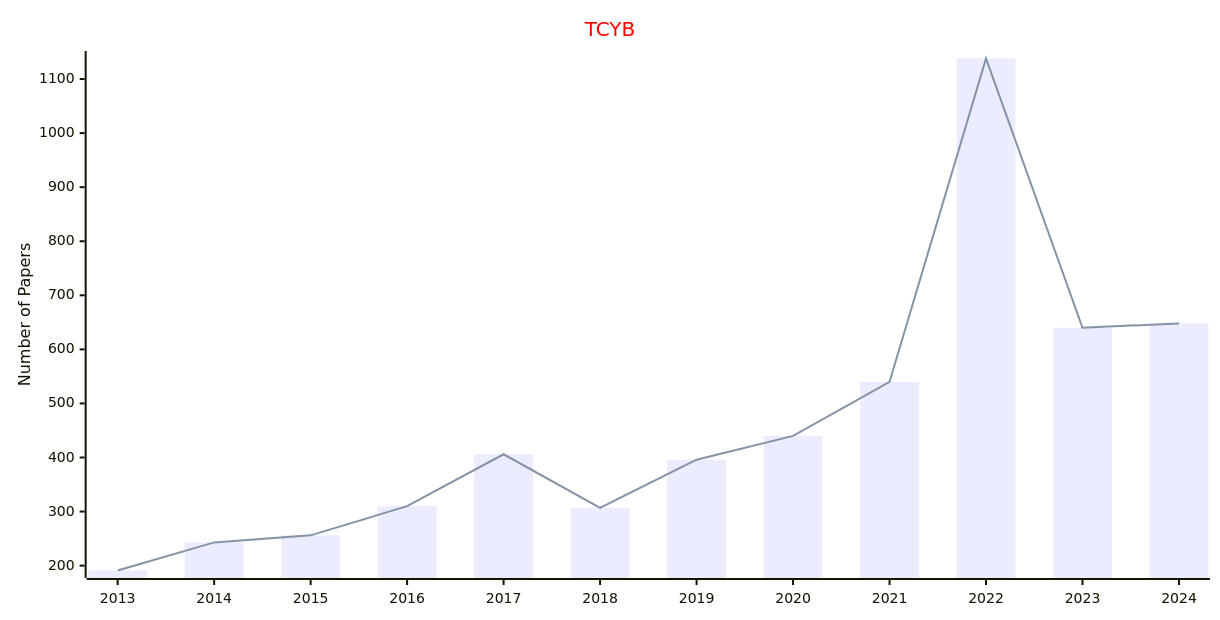
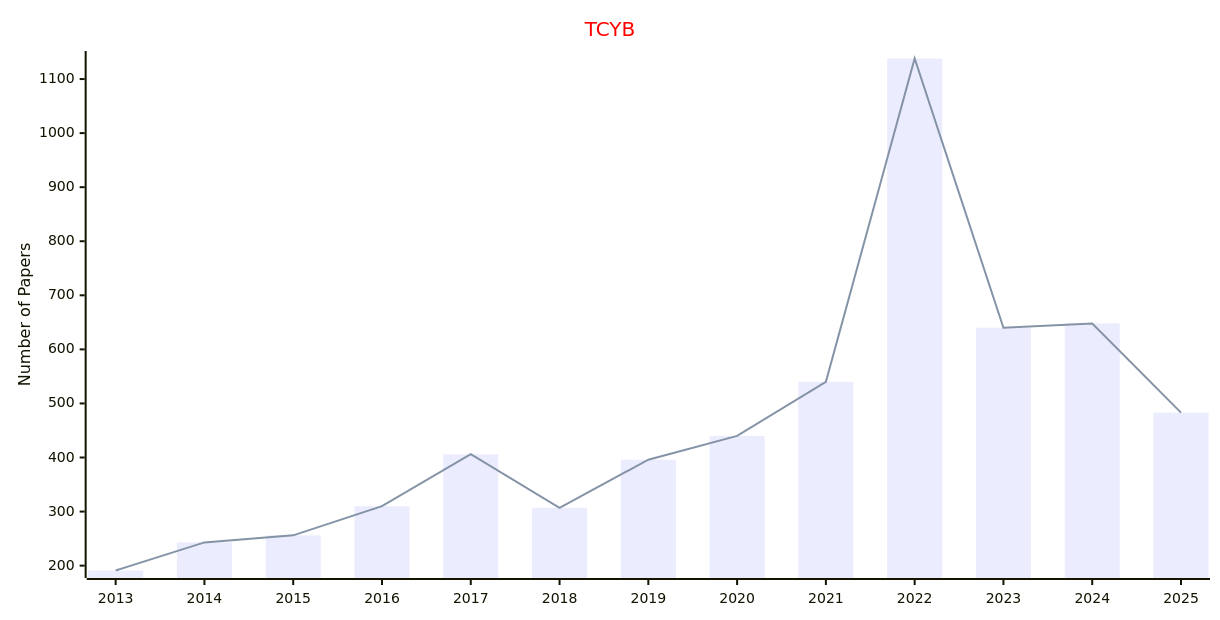
The fourth of 15 diagrams in docs/data/Journals/Statistics_Journals/Evolutionary_Computation.md (Easy-PhD/AILinks), drawn with Mermaid before and after one commit. The commit also changed other lines of this file and 107 other files, not shown here.

````diff
--- a/docs/data/Journals/Statistics_Journals/Evolutionary_Computation.md
+++ b/docs/data/Journals/Statistics_Journals/Evolutionary_Computation.md
@@ -81,17 +81,17 @@
 ```mermaid
 ---
 config:
     xyChart:
         width: 1200
         height: 600
     themeVariables:
         xyChart:
             titleColor: "#ff0000"
 ---
 xychart-beta
     title "TCYB"
-    x-axis [2013, 2014, 2015, 2016, 2017, 2018, 2019, 2020, 2021, 2022, 2023, 2024]
+    x-axis [2013, 2014, 2015, 2016, 2017, 2018, 2019, 2020, 2021, 2022, 2023, 2024, 2025]
     y-axis "Number of Papers"
-    bar [191, 243, 256, 310, 406, 307, 396, 440, 540, 1138, 640, 648]
-    line [191, 243, 256, 310, 406, 307, 396, 440, 540, 1138, 640, 648]
+    bar [191, 243, 256, 310, 406, 307, 396, 440, 540, 1138, 640, 648, 483]
+    line [191, 243, 256, 310, 406, 307, 396, 440, 540, 1138, 640, 648, 483]
 ```
````
